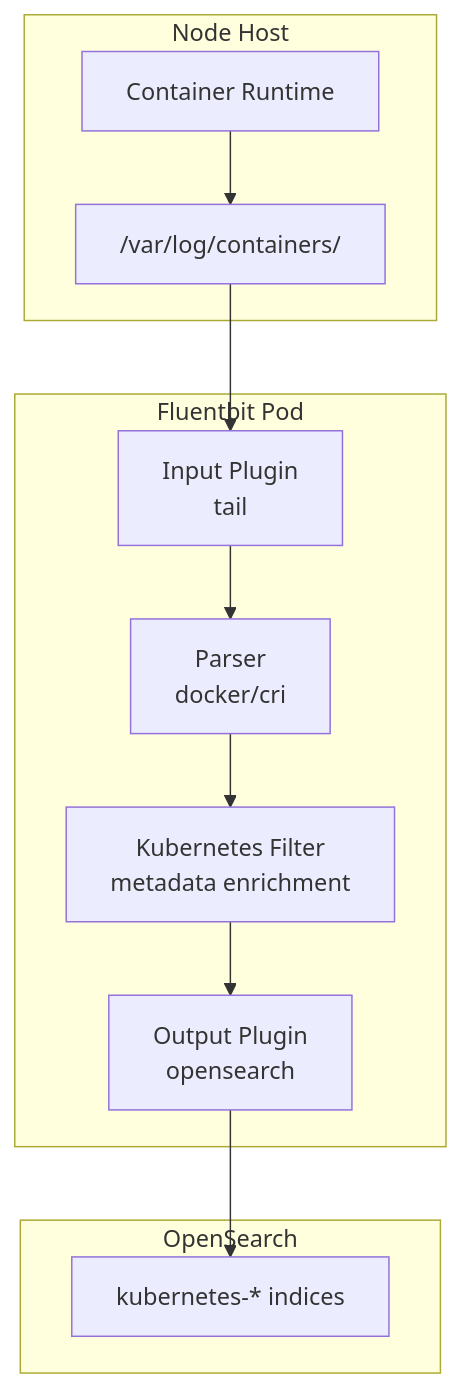
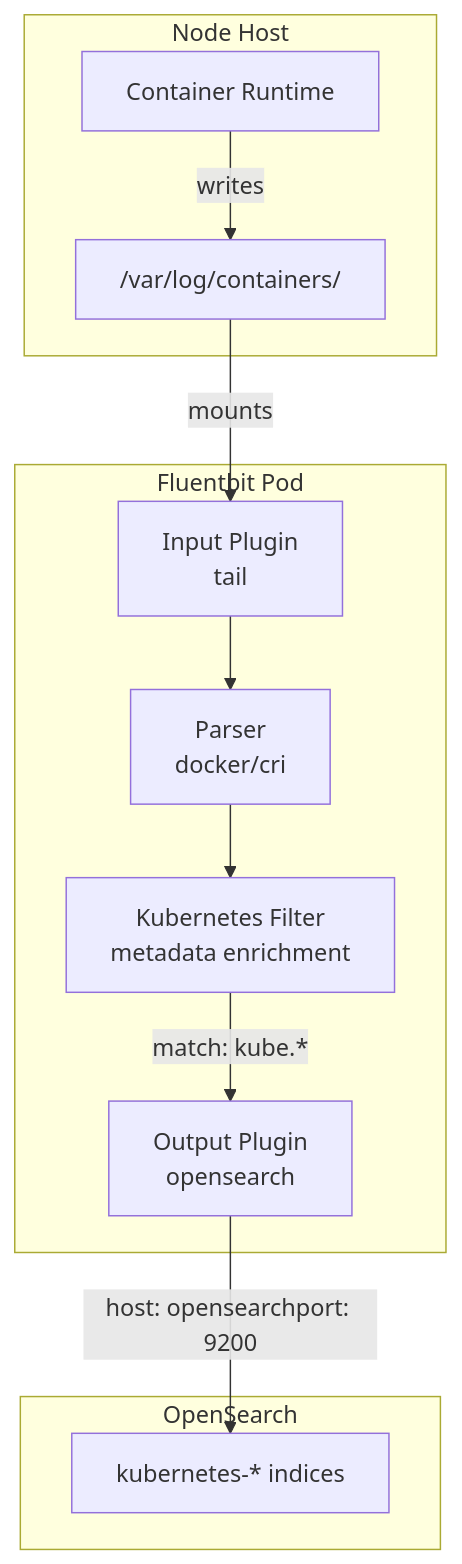
The second of 3 diagrams in docs/deepwiki/Logging-Architecture.md (openchoreo/openchoreo), drawn with Mermaid before and after one commit. The commit also changed other lines of this file and 85 other files, not shown here.

Commit message:
feat: Add new workflow and specification templates, update Helm chart dependencies, and clarify documentation diagrams.

````diff
--- a/docs/deepwiki/Logging-Architecture.md
+++ b/docs/deepwiki/Logging-Architecture.md
@@ -102,34 +102,34 @@
 ```mermaid
 flowchart TD
 
 Containers["Container Runtime"]
 LogFiles["/var/log/containers/"]
 Input["Input Plugin<br>tail"]
 Parser["Parser<br>docker/cri"]
 Filter["Kubernetes Filter<br>metadata enrichment"]
 Output["Output Plugin<br>opensearch"]
 Index["kubernetes-* indices"]
 
-LogFiles --> Input
-Output --> Index
+LogFiles -->|"mounts"| Input
+Output -->|"host: opensearchport: 9200"| Index
 
 subgraph OpenSearch ["OpenSearch"]
     Index
 end
 
 subgraph subGraph1 ["Fluentbit Pod"]
     Input
     Parser
     Filter
     Output
     Input --> Parser
     Parser --> Filter
-    Filter --> Output
+    Filter -->|"match: kube.*"| Output
 end
 
 subgraph subGraph0 ["Node Host"]
     Containers
     LogFiles
-    Containers --> LogFiles
+    Containers -->|"writes"| LogFiles
 end
 ```
````
